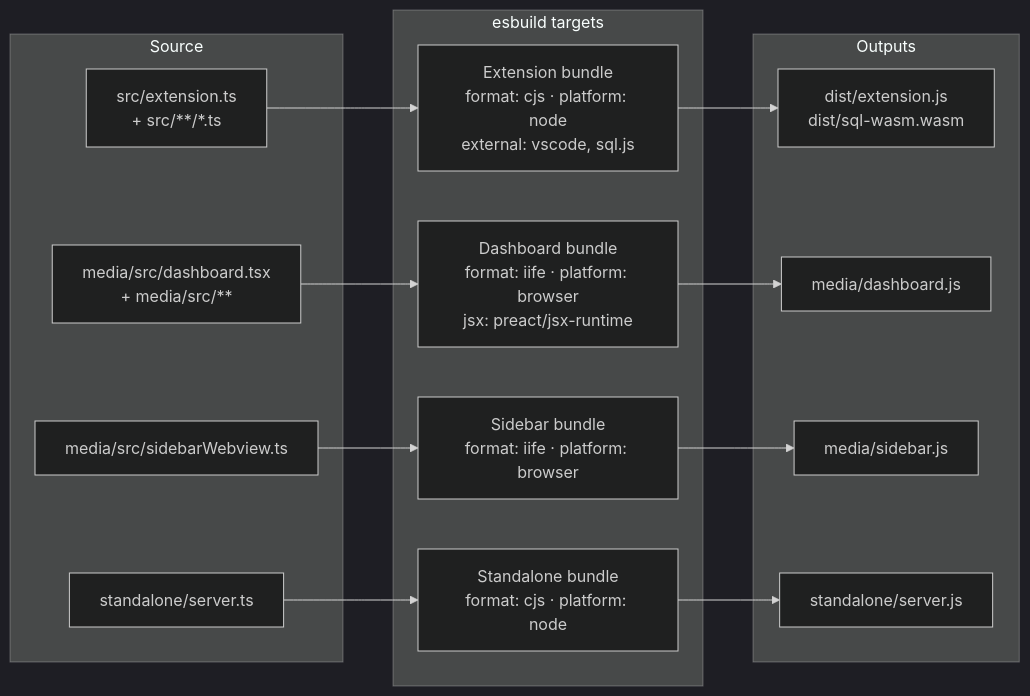
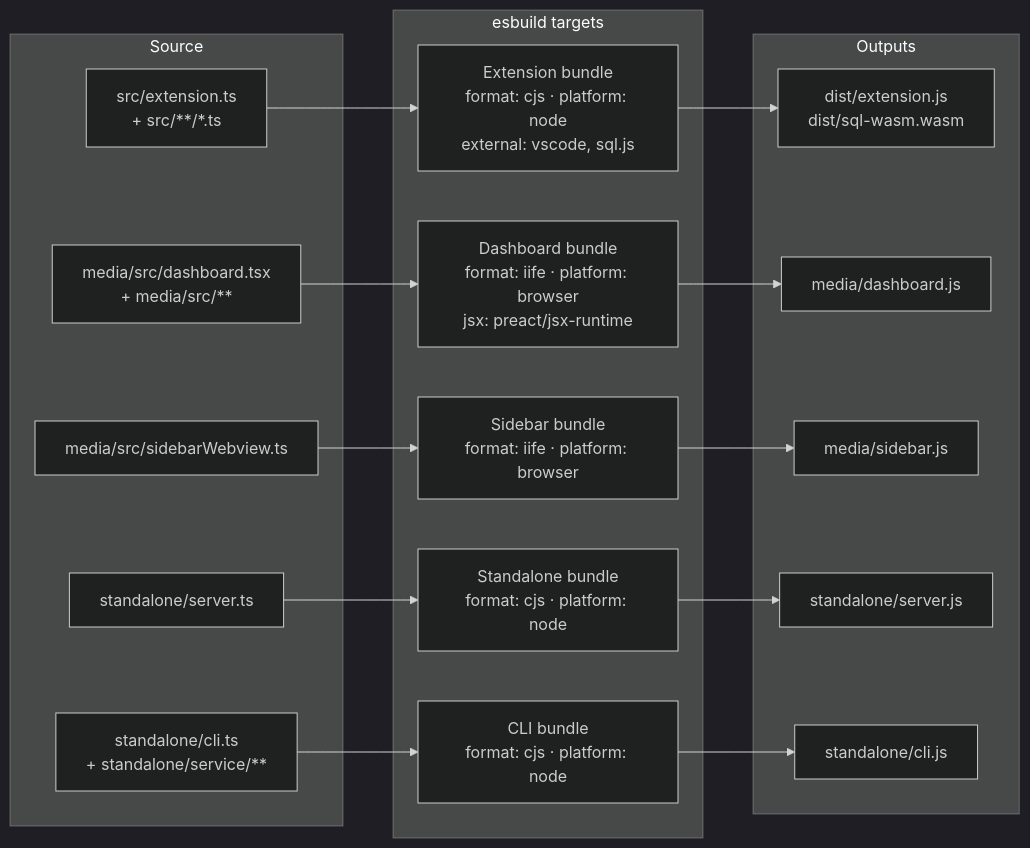
Before and after one commit to RogerReed/agentlens: diagram 19 of 20 in ARCHITECTURE.md, drawn with Mermaid (dark theme). The commit also changed other lines of this file and 12 other files, not shown here.

````diff
--- a/ARCHITECTURE.md
+++ b/ARCHITECTURE.md
@@ -934,28 +979,32 @@
 ```mermaid
 graph LR
     subgraph Source
         SRC_EXT[src/extension.ts<br/>+ src/**/*.ts]
         SRC_DASH[media/src/dashboard.tsx<br/>+ media/src/**]
         SRC_SB[media/src/sidebarWebview.ts]
         SRC_SA[standalone/server.ts]
+        SRC_CLI[standalone/cli.ts<br/>+ standalone/service/**]
     end
 
     subgraph esbuild targets
         B1[Extension bundle<br/>format: cjs · platform: node<br/>external: vscode, sql.js]
         B2[Dashboard bundle<br/>format: iife · platform: browser<br/>jsx: preact/jsx-runtime]
         B3[Sidebar bundle<br/>format: iife · platform: browser]
         B4[Standalone bundle<br/>format: cjs · platform: node]
+        B5[CLI bundle<br/>format: cjs · platform: node]
     end
 
     subgraph Outputs
         O1[dist/extension.js<br/>dist/sql-wasm.wasm]
         O2[media/dashboard.js]
         O3[media/sidebar.js]
         O4[standalone/server.js]
+        O5[standalone/cli.js]
     end
 
     SRC_EXT --> B1 --> O1
     SRC_DASH --> B2 --> O2
     SRC_SB --> B3 --> O3
     SRC_SA --> B4 --> O4
+    SRC_CLI --> B5 --> O5
 ```
````
